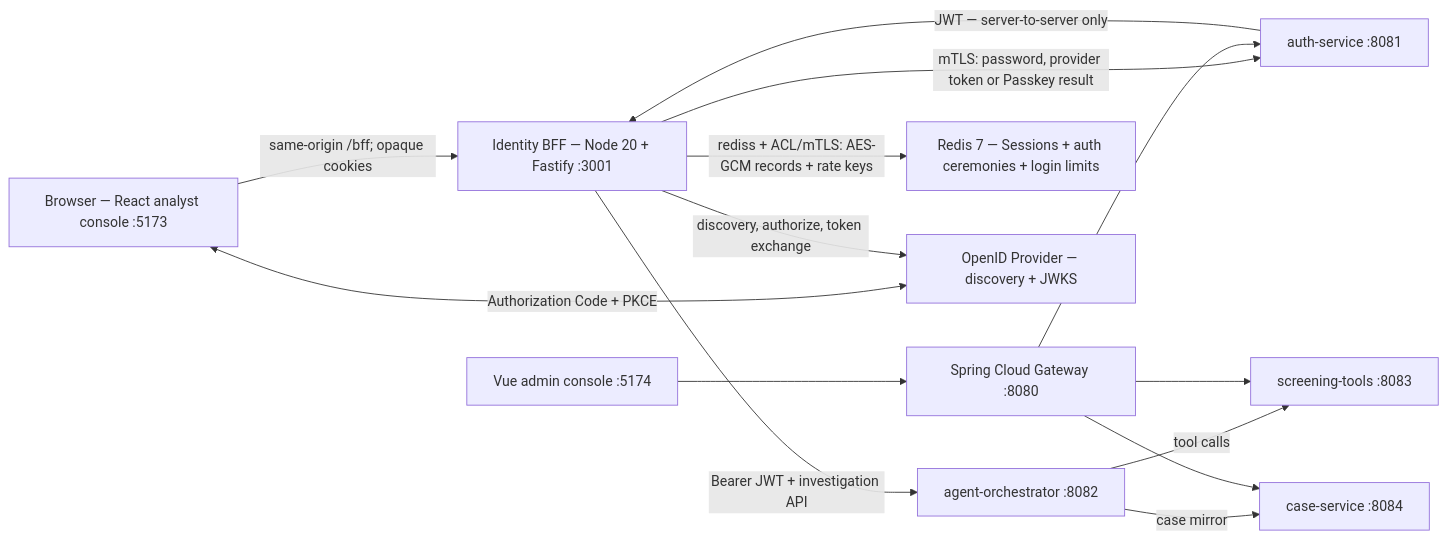
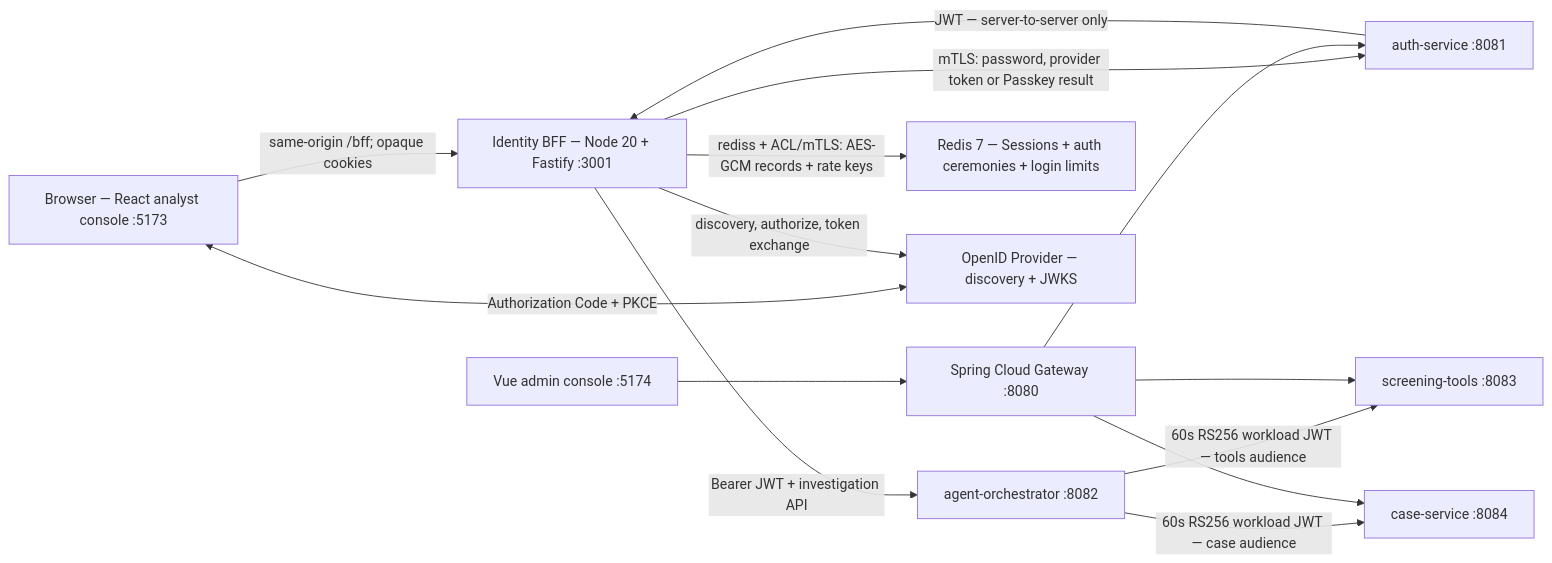
One commit to Redchar1992/Argus changed the first of 5 diagrams in docs/architecture.md. Above: the diagram before and after it, drawn with Mermaid. The commit also changed other lines of this file and 54 other files, not shown here.

````diff
--- a/docs/architecture.md
+++ b/docs/architecture.md
@@ -8,27 +8,27 @@
 ```mermaid
 flowchart LR
     Browser["Browser — React analyst console :5173"]
     BFF["Identity BFF — Node 20 + Fastify :3001"]
     Auth["auth-service :8081"]
     Agent["agent-orchestrator :8082"]
     Tools["screening-tools :8083"]
     Cases["case-service :8084"]
     Admin["Vue admin console :5174"]
     Gateway["Spring Cloud Gateway :8080"]
     Redis["Redis 7 — Sessions + auth ceremonies + login limits"]
     IdP["OpenID Provider — discovery + JWKS"]
 
     Browser -->|"same-origin /bff; opaque cookies"| BFF
     BFF -->|"mTLS: password, provider token or Passkey result"| Auth
     Browser <-->|"Authorization Code + PKCE"| IdP
     BFF -->|"discovery, authorize, token exchange"| IdP
     Auth -->|"JWT — server-to-server only"| BFF
     BFF -->|"Bearer JWT + investigation API"| Agent
     BFF -->|"rediss + ACL/mTLS: AES-GCM records + rate keys"| Redis
-    Agent -->|"tool calls"| Tools
-    Agent -->|"case mirror"| Cases
+    Agent -->|"60s RS256 workload JWT — tools audience"| Tools
+    Agent -->|"60s RS256 workload JWT — case audience"| Cases
     Admin --> Gateway
     Gateway --> Auth
     Gateway --> Tools
     Gateway --> Cases
 ```
````
